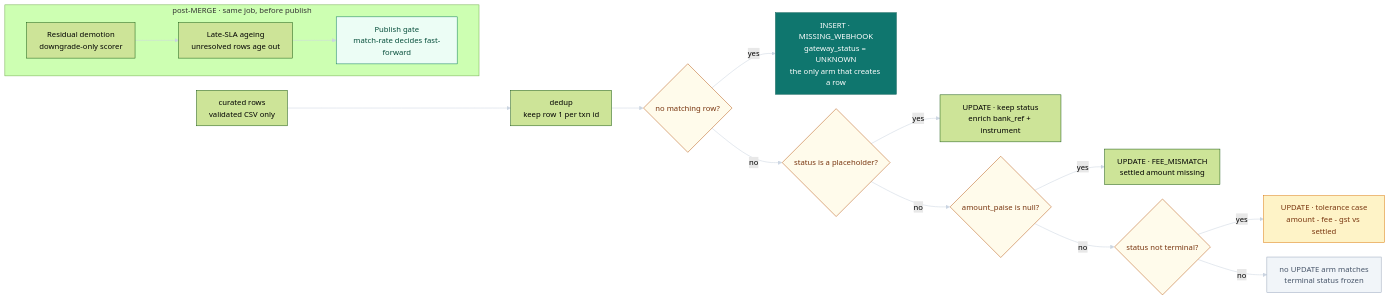
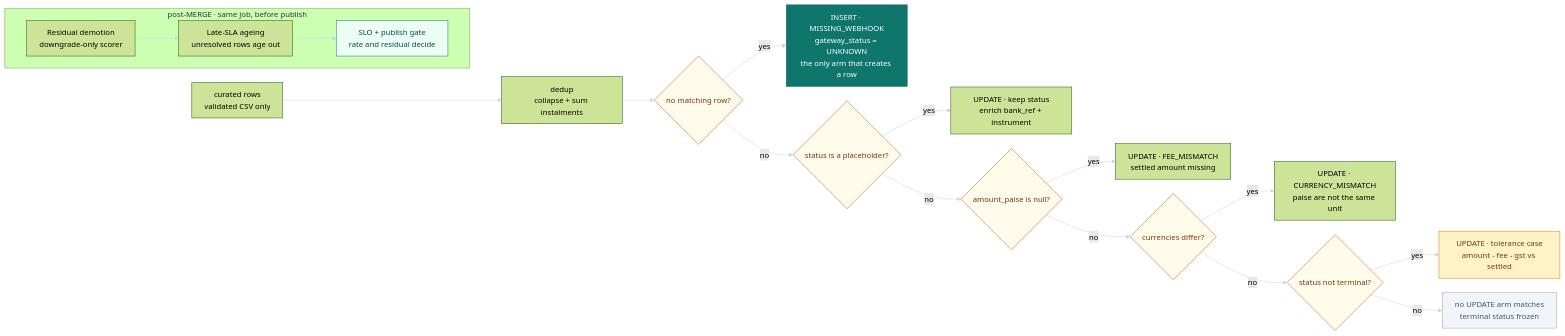
Before and after one commit to DhanushPillay/tx-recon: the second of 2 diagrams in docs/ARCHITECTURE.md, drawn with Mermaid (forest theme). The commit also changed other lines of this file and 2 other files, not shown here.

````diff
--- a/docs/ARCHITECTURE.md
+++ b/docs/ARCHITECTURE.md
@@ -47,27 +47,29 @@
 ```mermaid
 %%{init: {"look": "classic", "layout": "dagre", "flowchart": {"curve": "basis", "nodeSpacing": 30, "rankSpacing": 66, "padding": 13, "useMaxWidth": true}}}%%
 flowchart LR
-  IN["curated rows<br/>validated CSV only"] --> DD["dedup<br/>keep row 1 per txn id"]
+  IN["curated rows<br/>validated CSV only"] --> DD["dedup<br/>collapse + sum instalments"]
 
   DD --> C1{"no matching row?"}:::gate
   C1 -->|"yes"| ARM1["INSERT · MISSING_WEBHOOK<br/>gateway_status = UNKNOWN<br/>the only arm that creates a row"]:::insert
   C1 -->|"no"| C2{"status is a placeholder?"}:::gate
   C2 -->|"yes"| ARM2["UPDATE · keep status<br/>enrich bank_ref + instrument"]
   C2 -->|"no"| C3{"amount_paise is null?"}:::gate
   C3 -->|"yes"| ARM3["UPDATE · FEE_MISMATCH<br/>settled amount missing"]
-  C3 -->|"no"| C4{"status not terminal?"}:::gate
+  C3 -->|"no"| CC{"currencies differ?"}:::gate
+  CC -->|"yes"| ARMC["UPDATE · CURRENCY_MISMATCH<br/>paise are not the same unit"]
+  CC -->|"no"| C4{"status not terminal?"}:::gate
   C4 -->|"yes"| ARM4["UPDATE · tolerance case<br/>amount - fee - gst vs settled"]:::warn
   C4 -->|"no"| FROZEN["no UPDATE arm matches<br/>terminal status frozen"]:::frozen
 
   subgraph POST["post-MERGE · same job, before publish"]
     direction LR
-    PM1["Residual demotion<br/>downgrade-only scorer"] --> PM2["Late-SLA ageing<br/>unresolved rows age out"] --> PM3["Publish gate<br/>match-rate decides fast-forward"]:::publish
+    PM1["Residual demotion<br/>downgrade-only scorer"] --> PM2["Late-SLA ageing<br/>unresolved rows age out"] --> PM3["SLO + publish gate<br/>rate and residual decide"]:::publish
   end
 
   classDef gate fill:#FFFBEB,stroke:#B45309,color:#78350F,stroke-width:1px;
   classDef insert fill:#0F766E,stroke:#0B5F58,color:#FFFFFF,stroke-width:1px;
   classDef warn fill:#FEF3C7,stroke:#D97706,color:#78350F,stroke-width:1px;
   classDef frozen fill:#F1F5F9,stroke:#94A3B8,color:#475569,stroke-width:1px;
   classDef publish fill:#ECFDF5,stroke:#047857,color:#064E3B,stroke-width:1px;
   linkStyle default stroke:#CBD5E1,stroke-width:1.1px;
 ```
````
